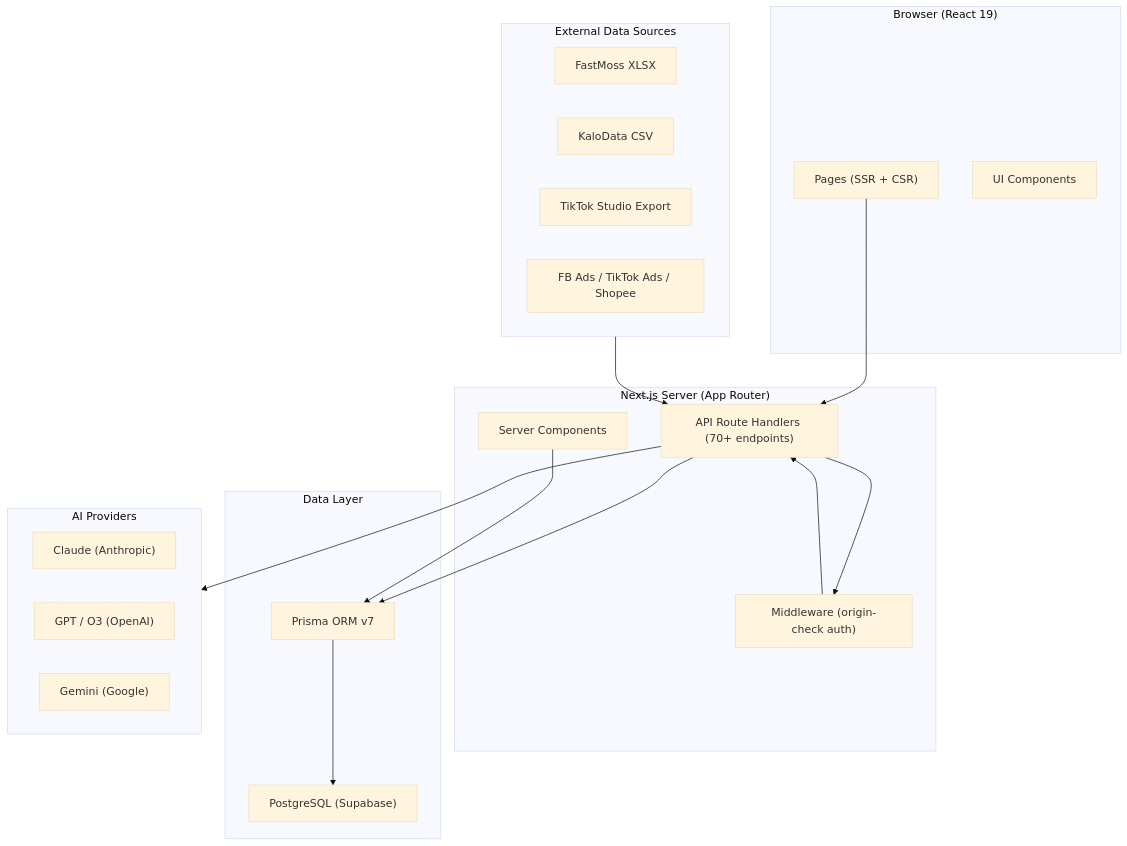
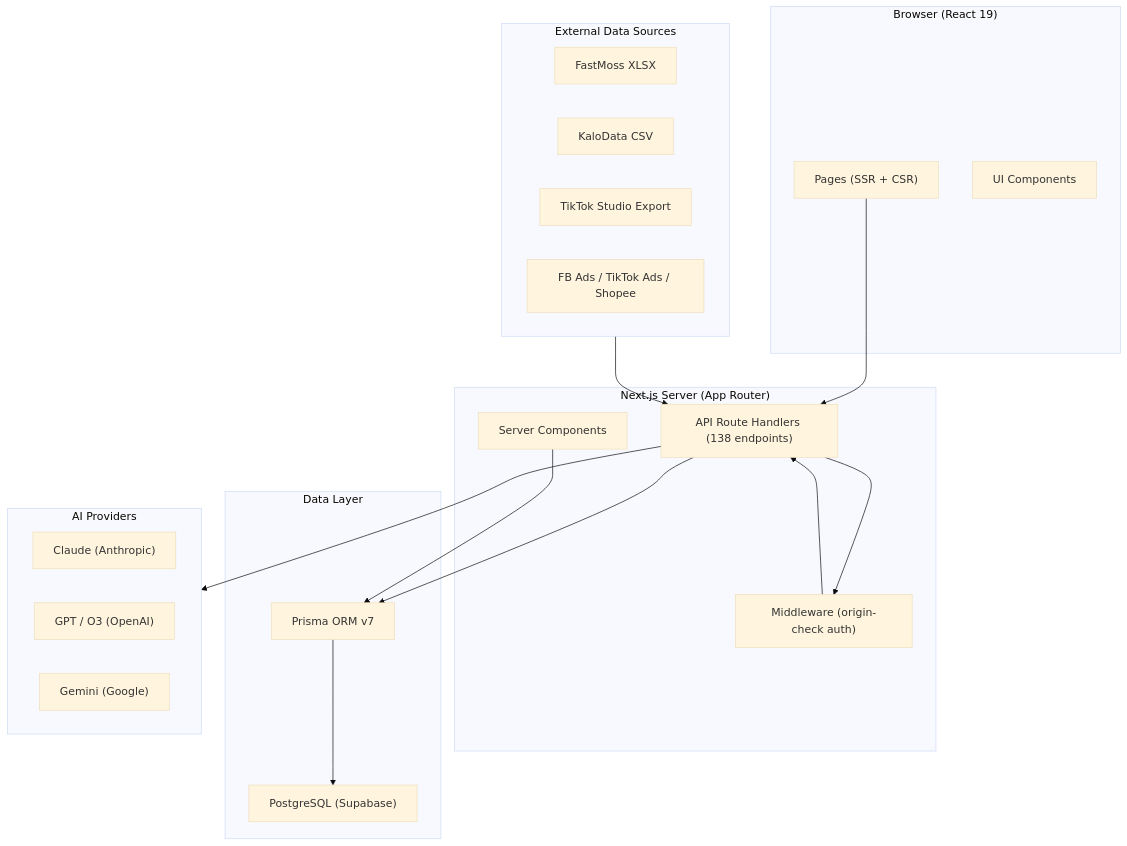
One commit to dootan2020/affiliate-scorer changed the diagram in docs/project-overview-pdr.md. Above: the diagram before and after it, drawn with Mermaid (base theme). The commit also changed other lines of this file and 8 other files, not shown here.

````diff
--- a/docs/project-overview-pdr.md
+++ b/docs/project-overview-pdr.md
@@ -184,39 +211,39 @@
 ```mermaid
 graph TB
     subgraph Client["Browser (React 19)"]
         Pages["Pages (SSR + CSR)"]
         Components["UI Components"]
     end
 
     subgraph Server["Next.js Server (App Router)"]
-        API["API Route Handlers (70+ endpoints)"]
+        API["API Route Handlers (138 endpoints)"]
         MW["Middleware (origin-check auth)"]
         ServerComponents["Server Components"]
     end
 
     subgraph Data["Data Layer"]
         Prisma["Prisma ORM v7"]
         PG["PostgreSQL (Supabase)"]
     end
 
     subgraph AI["AI Providers"]
         Claude["Claude (Anthropic)"]
         GPT["GPT / O3 (OpenAI)"]
         Gemini["Gemini (Google)"]
     end
 
     subgraph External["External Data Sources"]
         FastMoss["FastMoss XLSX"]
         KaloData["KaloData CSV"]
         TikTokStudio["TikTok Studio Export"]
         AdsPlatforms["FB Ads / TikTok Ads / Shopee"]
     end
 
     Pages --> API
     API --> MW
     MW --> API
     API --> Prisma --> PG
     API --> AI
     External --> API
     ServerComponents --> Prisma
 ```
````
